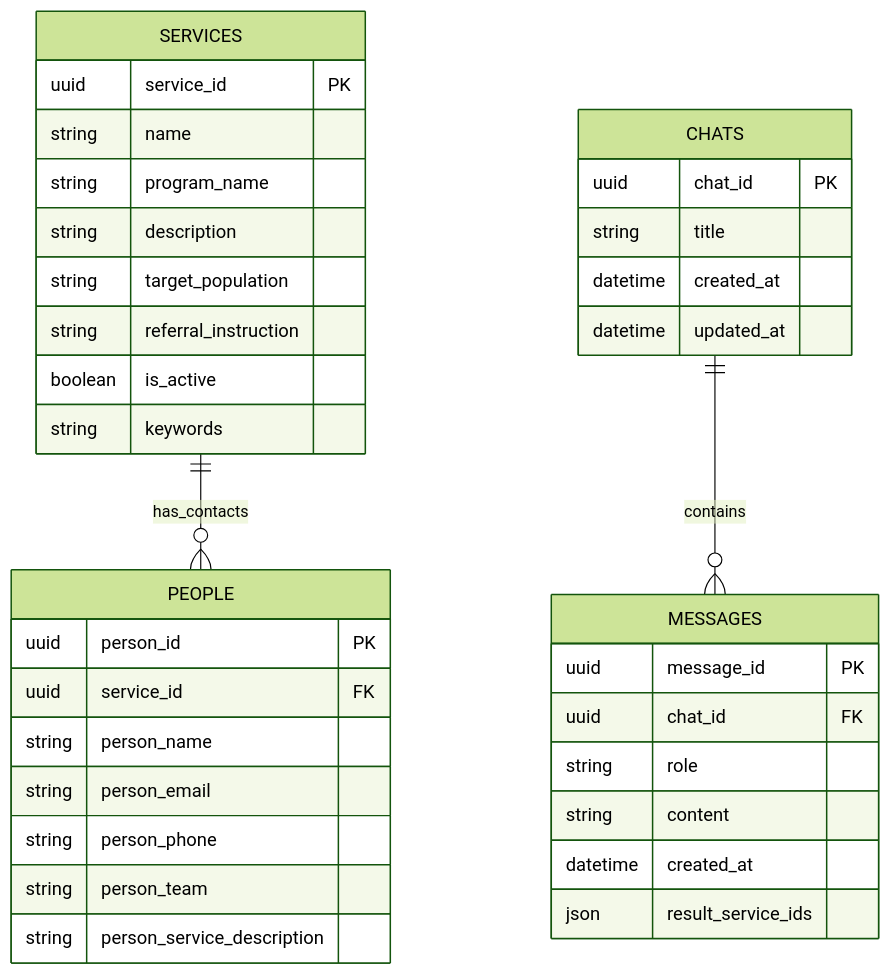
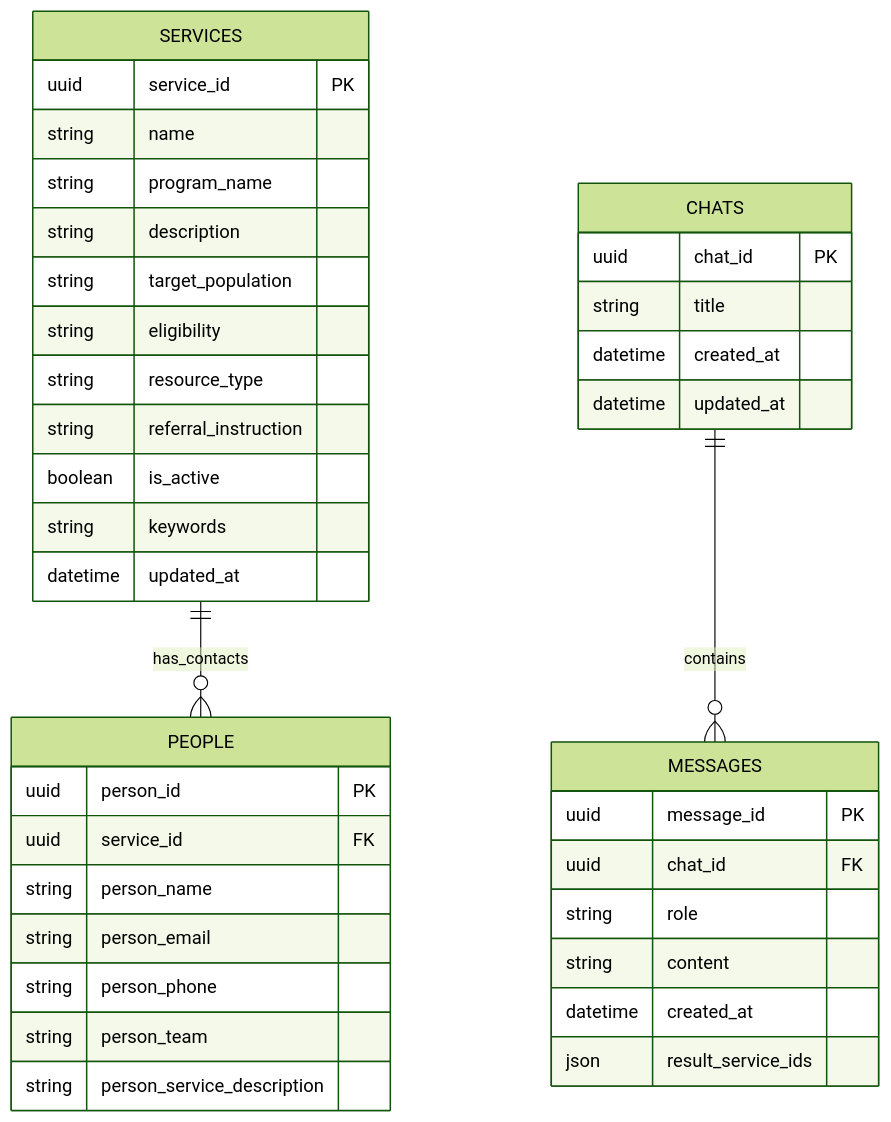
The second of 2 diagrams in design/architecture_diagram.md (rice-apps/montrose-center), drawn with Mermaid (forest theme) before and after one commit. The commit also changed other lines of this file and 4 other files, not shown here.

````diff
--- a/design/architecture_diagram.md
+++ b/design/architecture_diagram.md
@@ -34,39 +34,42 @@
 ```mermaid
 erDiagram
     SERVICES ||--o{ PEOPLE : has_contacts
     CHATS ||--o{ MESSAGES : contains
 
     SERVICES {
         uuid service_id PK
         string name
         string program_name
         string description
         string target_population
+        string eligibility
+        string resource_type
         string referral_instruction
         boolean is_active
         string keywords
+        datetime updated_at
     }
     PEOPLE {
         uuid person_id PK
         uuid service_id FK
         string person_name
         string person_email
         string person_phone
         string person_team
         string person_service_description
     }
     CHATS {
         uuid chat_id PK
         string title
         datetime created_at
         datetime updated_at
     }
     MESSAGES {
         uuid message_id PK
         uuid chat_id FK
         string role
         string content
         datetime created_at
         json result_service_ids
     }
 ```
````
